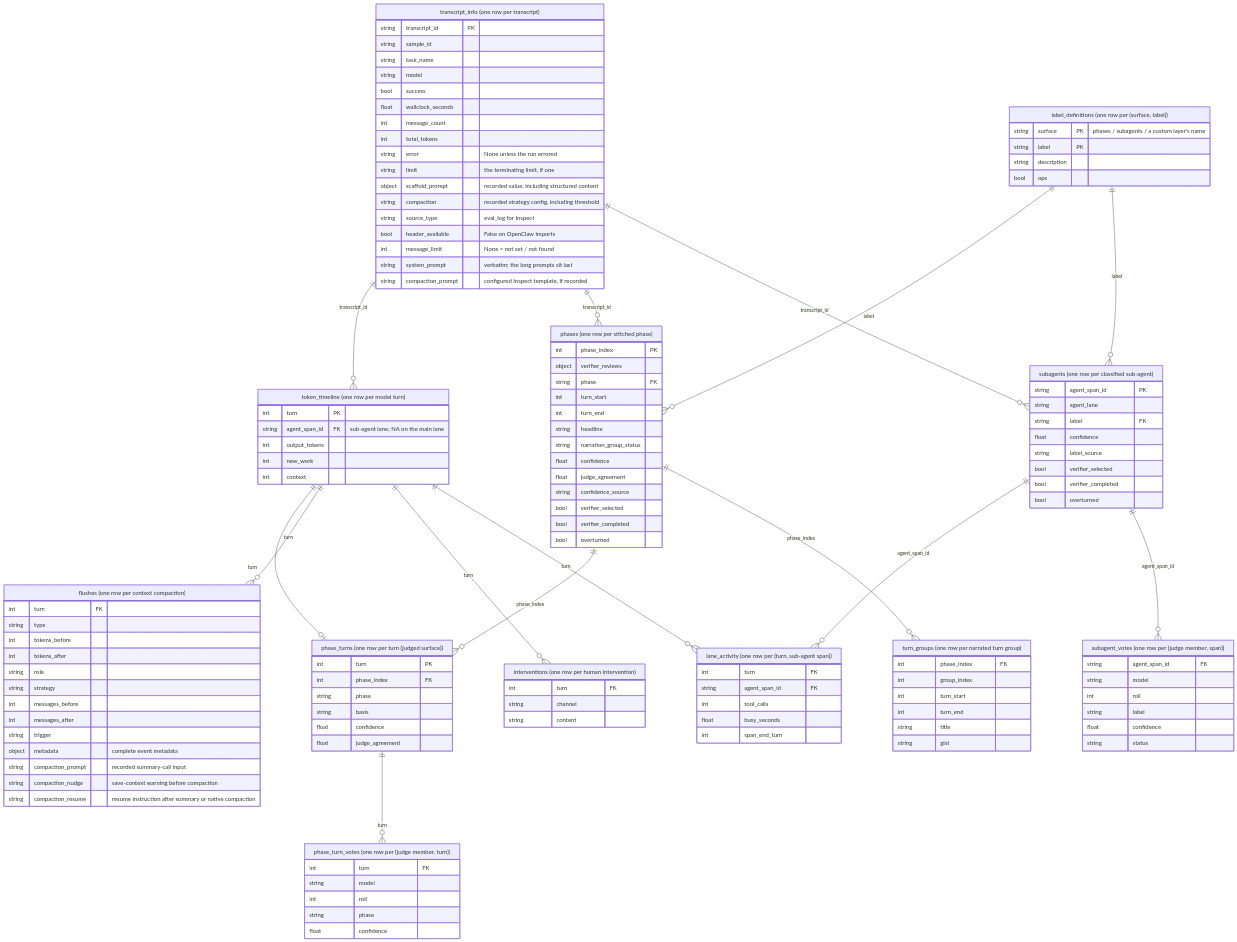
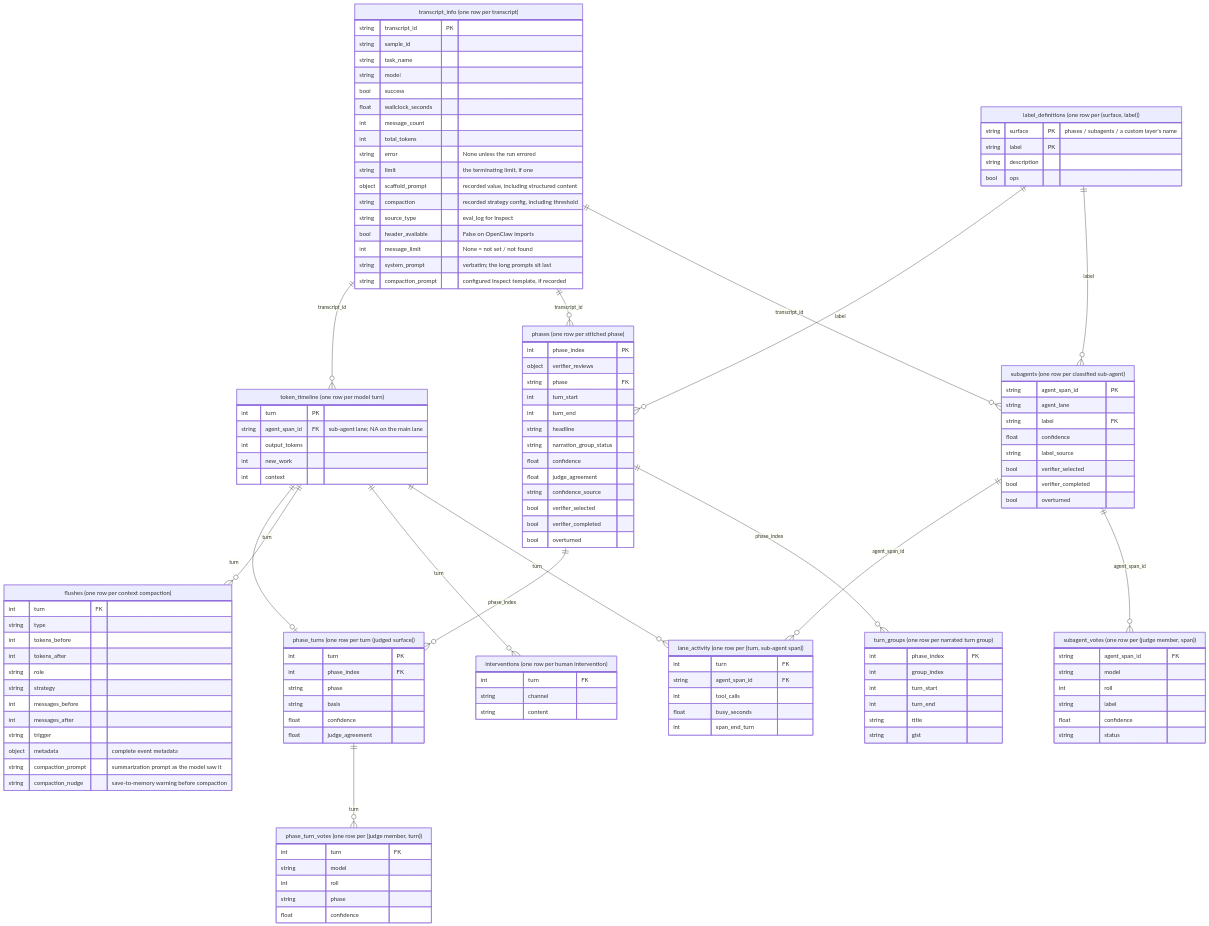
The diagram in README.md (AI-Safety-Institute/transect), drawn with Mermaid before and after one commit. The commit also changed other lines of this file and 43 other files, not shown here.

```diff
--- a/README.md
+++ b/README.md
@@ -343,9 +343,8 @@
         int messages_after
         string trigger
         object metadata "complete event metadata"
-        string compaction_prompt "recorded summary-call input"
-        string compaction_nudge "save-context warning before compaction"
-        string compaction_resume "resume instruction after summary or native compaction"
+        string compaction_prompt "summarization prompt as the model saw it"
+        string compaction_nudge "save-to-memory warning before compaction"
     }
     interventions["interventions (one row per human intervention)"] {
         int turn FK
```
